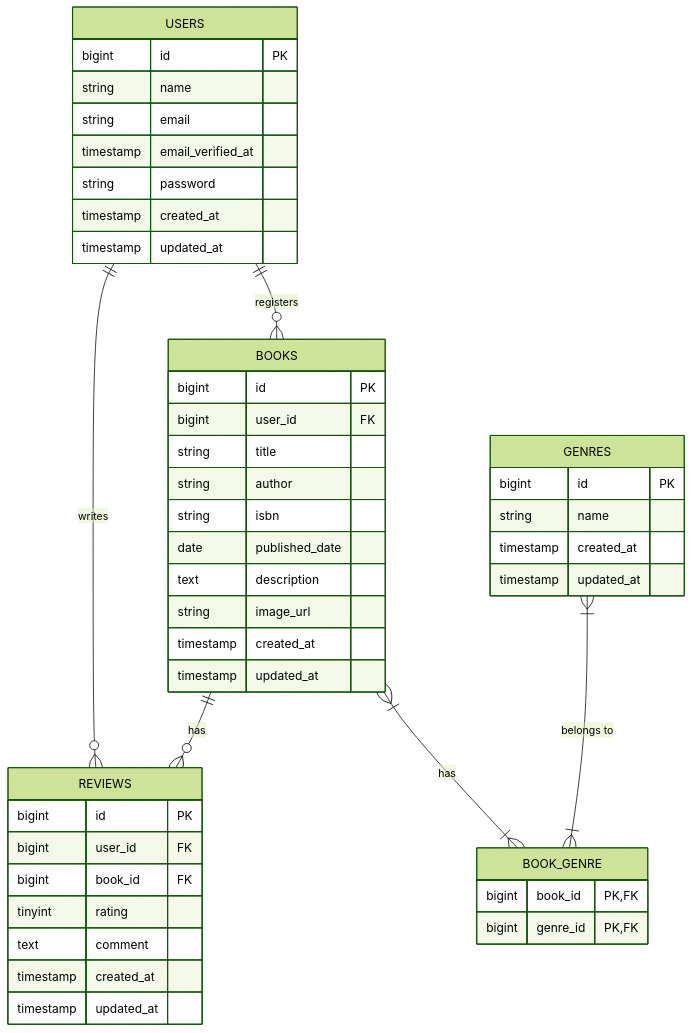
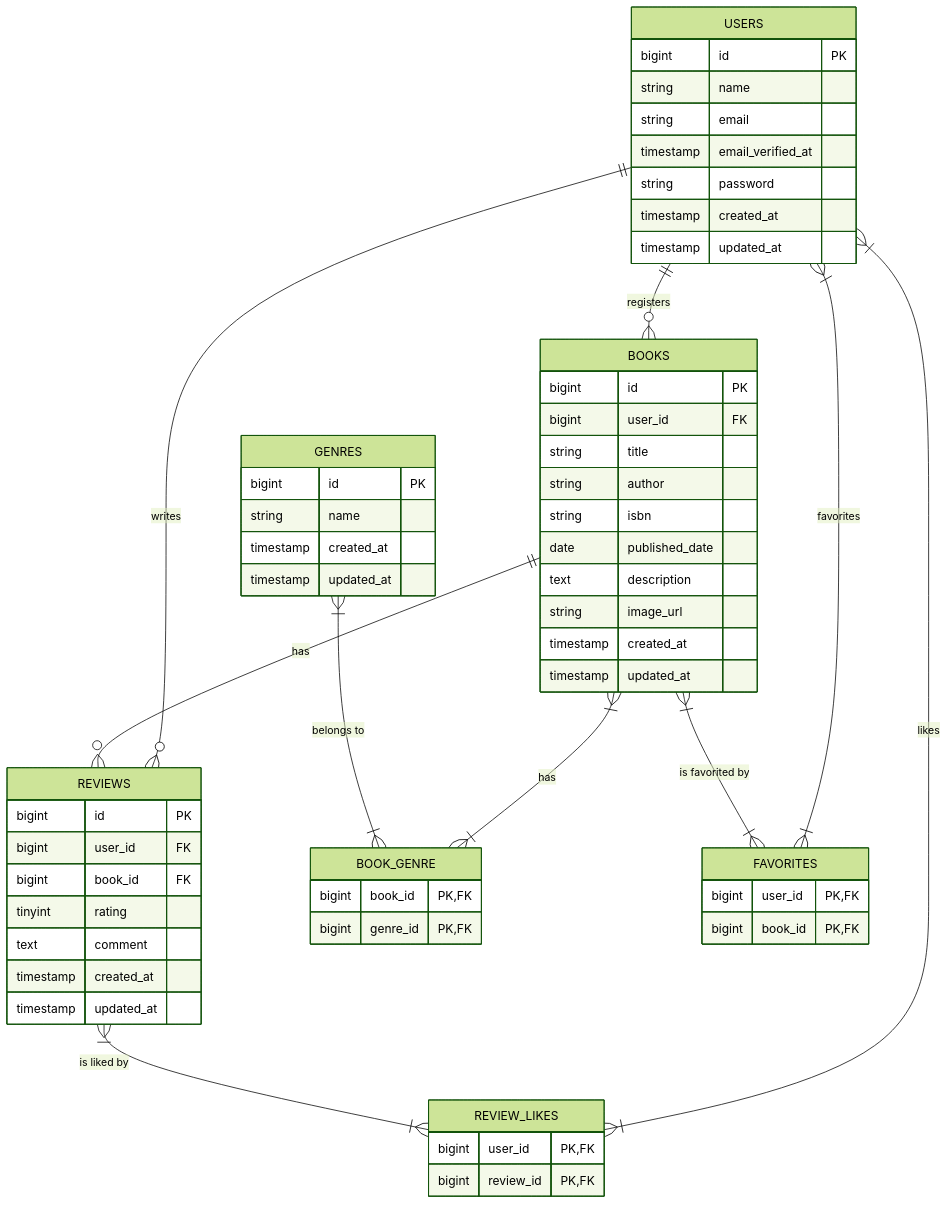
Before and after one commit to coachtech-material/ExampleAnswer-mockcase-BookShelf: the diagram in 関連ドキュメント/復習教材/基本機能編_実装手順書_Chapter2_完全版.md, drawn with Mermaid (forest theme). The commit also changed other lines of this file and 8 other files, not shown here.

````diff
--- a/関連ドキュメント/復習教材/基本機能編_実装手順書_Chapter2_完全版.md
+++ b/関連ドキュメント/復習教材/基本機能編_実装手順書_Chapter2_完全版.md
@@ -25,53 +28,67 @@
 ```mermaid
 erDiagram
     USERS {
         bigint id PK
         string name
         string email
         timestamp email_verified_at
         string password
         timestamp created_at
         timestamp updated_at
     }
 
     BOOKS {
         bigint id PK
         bigint user_id FK
         string title
         string author
         string isbn
         date published_date
         text description
         string image_url
         timestamp created_at
         timestamp updated_at
     }
 
     REVIEWS {
         bigint id PK
         bigint user_id FK
         bigint book_id FK
         tinyint rating
         text comment
         timestamp created_at
         timestamp updated_at
     }
 
     GENRES {
         bigint id PK
         string name
         timestamp created_at
         timestamp updated_at
     }
 
     BOOK_GENRE {
         bigint book_id PK, FK
         bigint genre_id PK, FK
     }
 
+    FAVORITES {
+        bigint user_id PK, FK
+        bigint book_id PK, FK
+    }
+
+    REVIEW_LIKES {
+        bigint user_id PK, FK
+        bigint review_id PK, FK
+    }
+
     USERS ||--o{ BOOKS : "registers"
     USERS ||--o{ REVIEWS : "writes"
+    USERS }|--|{ FAVORITES : "favorites"
+    USERS }|--|{ REVIEW_LIKES : "likes"
     BOOKS ||--o{ REVIEWS : "has"
     BOOKS }|--|{ BOOK_GENRE : "has"
+    BOOKS }|--|{ FAVORITES : "is favorited by"
     GENRES }|--|{ BOOK_GENRE : "belongs to"
+    REVIEWS }|--|{ REVIEW_LIKES : "is liked by"
 ```
````
